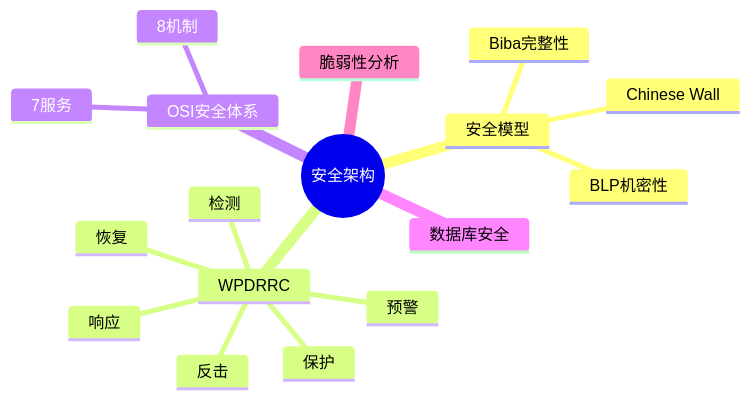
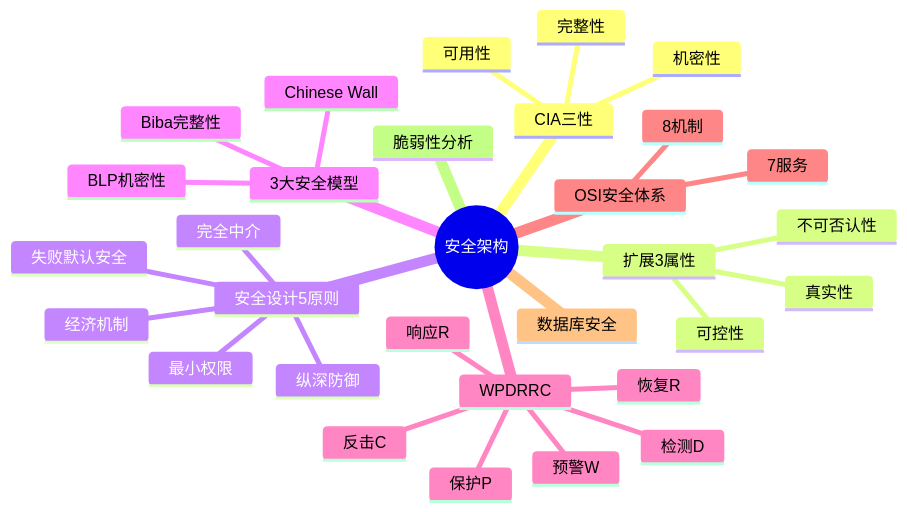
The diagram in 02-案例分析/08-安全架构设计.md (wanlinruo/system-architect-exam-prep), drawn with Mermaid before and after one commit. The commit also changed other lines of this file, not shown here.

````diff
--- a/02-案例分析/08-安全架构设计.md
+++ b/02-案例分析/08-安全架构设计.md
@@ -38,20 +47,34 @@
 ```mermaid
 mindmap
   root((安全架构))
-    安全模型
+    CIA三性
+      机密性
+      完整性
+      可用性
+    扩展3属性
+      真实性
+      可控性
+      不可否认性
+    安全设计5原则
+      最小权限
+      纵深防御
+      失败默认安全
+      经济机制
+      完全中介
+    3大安全模型
       BLP机密性
       Biba完整性
       Chinese Wall
     WPDRRC
-      预警
-      保护
-      检测
-      响应
-      恢复
-      反击
+      预警W
+      保护P
+      检测D
+      响应R
+      恢复R
+      反击C
     OSI安全体系
       7服务
       8机制
     数据库安全
     脆弱性分析
 ```
````
